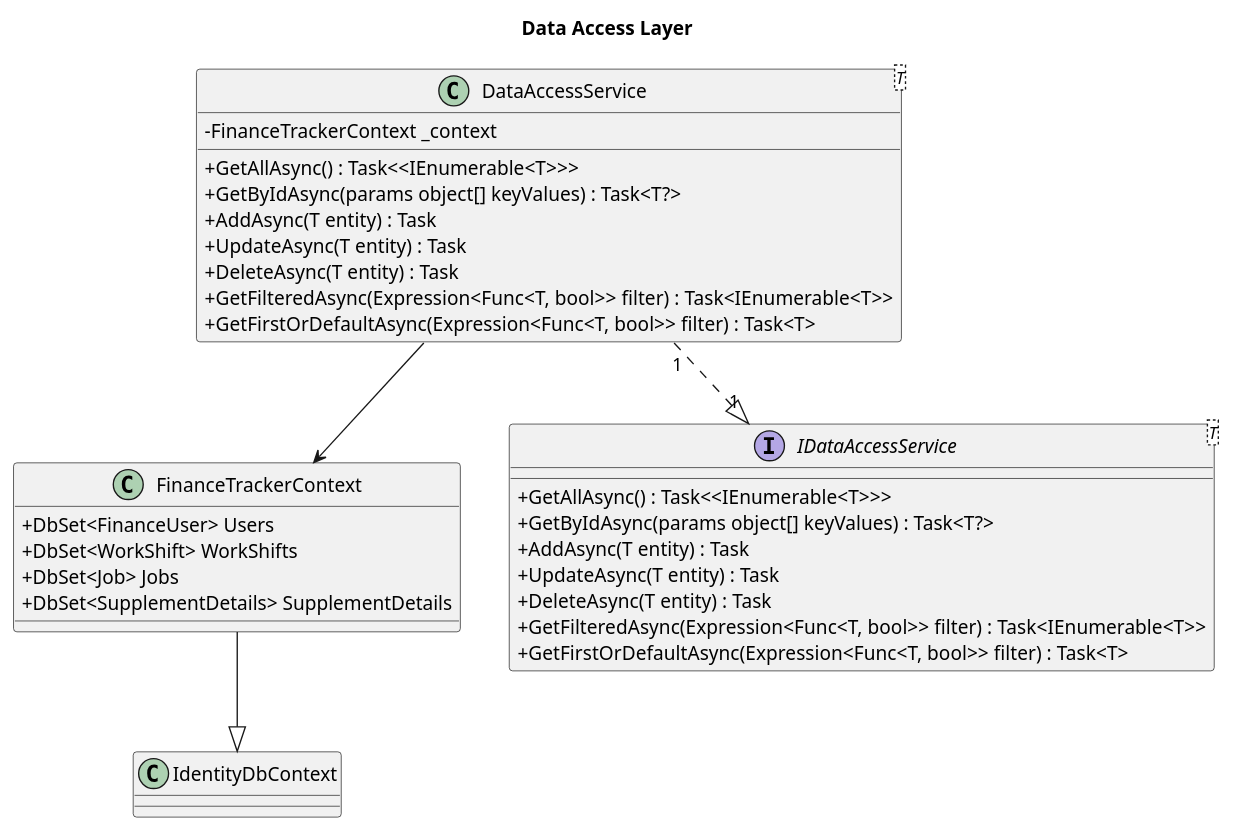
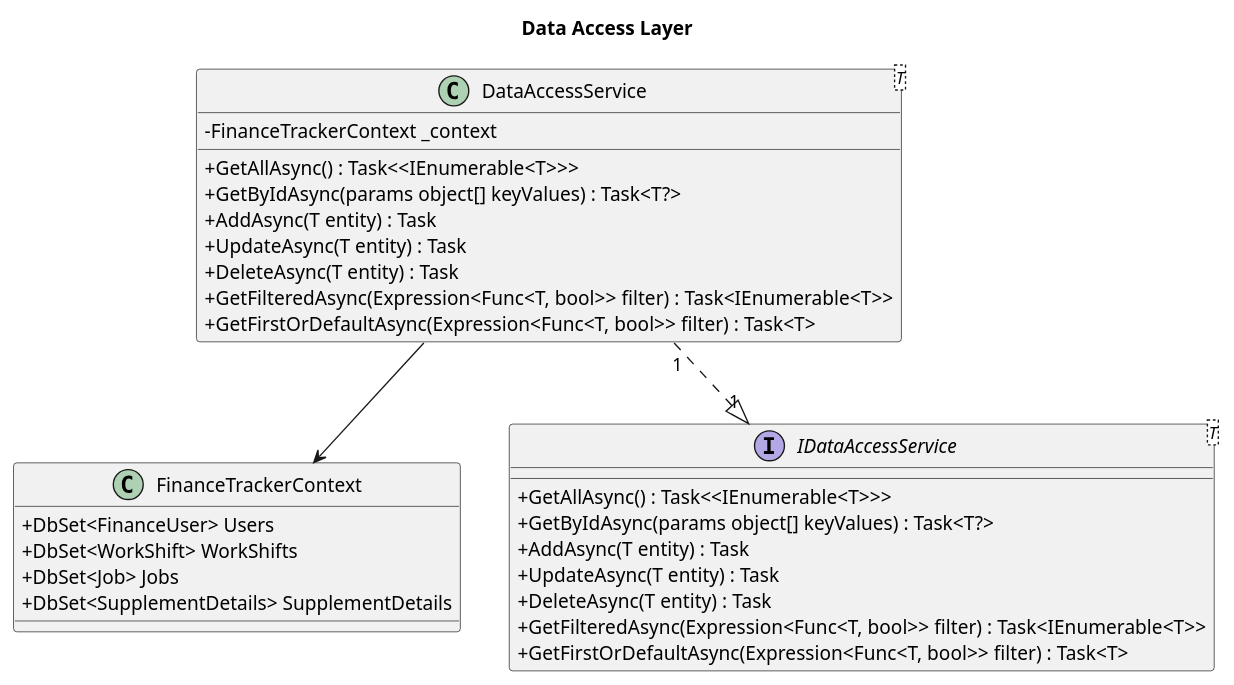
The diagram in diagrams/backend/DataAccessLayer.puml (a-chiha/FinanceTrackerBackend), drawn with PlantUML before and after one commit. The commit also changed 3 other files, not shown here.

```diff
--- a/diagrams/backend/DataAccessLayer.puml
+++ b/diagrams/backend/DataAccessLayer.puml
@@ -1,41 +1,37 @@
 @startuml
 skinparam classAttributeIconSize 0
 title Data Access Layer
 
 class FinanceTrackerContext {
     + DbSet<FinanceUser> Users
     + DbSet<WorkShift> WorkShifts
     + DbSet<Job> Jobs
     + DbSet<SupplementDetails> SupplementDetails
 }
 
 interface IDataAccessService<T> {
     + GetAllAsync() : Task<<IEnumerable<T>>>
     + GetByIdAsync(params object[] keyValues) : Task<T?>
     + AddAsync(T entity) : Task
     + UpdateAsync(T entity) : Task
     + DeleteAsync(T entity) : Task
     + GetFilteredAsync(Expression<Func<T, bool>> filter) : Task<IEnumerable<T>>
     + GetFirstOrDefaultAsync(Expression<Func<T, bool>> filter) : Task<T>
 }
 
 class DataAccessService<T> {
     - FinanceTrackerContext _context
     + GetAllAsync() : Task<<IEnumerable<T>>>
     + GetByIdAsync(params object[] keyValues) : Task<T?>
     + AddAsync(T entity) : Task
     + UpdateAsync(T entity) : Task
     + DeleteAsync(T entity) : Task
     + GetFilteredAsync(Expression<Func<T, bool>> filter) : Task<IEnumerable<T>>
     + GetFirstOrDefaultAsync(Expression<Func<T, bool>> filter) : Task<T>
 }
 
-class IdentityDbContext {
-}
 
-
-FinanceTrackerContext --|> IdentityDbContext 
 DataAccessService --> FinanceTrackerContext
 DataAccessService "1" ..|> "1" IDataAccessService 
 
 @enduml
```
